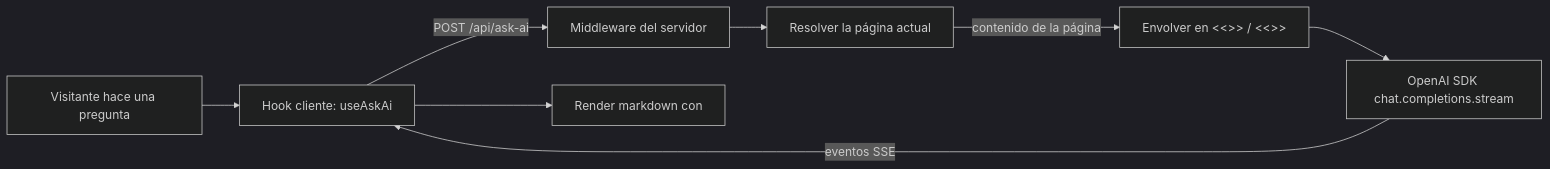
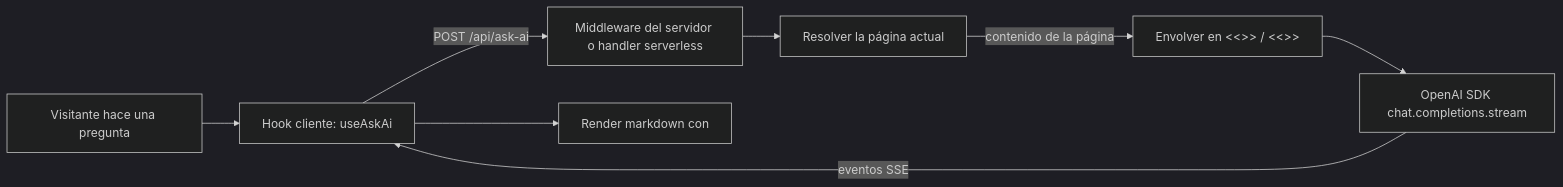
The diagram in docs/docs/es/(plugins)/content/plugin-ask-ai.mdx (bolt-docs/boltdocs), drawn with Mermaid (dark theme) before and after one commit. The commit also changed other lines of this file and 21 other files, not shown here.

````diff
--- a/docs/docs/es/(plugins)/content/plugin-ask-ai.mdx
+++ b/docs/docs/es/(plugins)/content/plugin-ask-ai.mdx
@@ -19,10 +19,10 @@
 ```mermaid
 flowchart LR
   A[Visitante hace una pregunta] --> B[Hook cliente: useAskAi]
-  B -->|POST /api/ask-ai| C[Middleware del servidor]
+  B -->|POST /api/ask-ai| C[Middleware del servidor o handler serverless]
   C --> D[Resolver la página actual]
   D -->|contenido de la página| E[Envolver en <<<DOCS_START>>> / <<<DOCS_END>>>]
   E --> F[OpenAI SDK chat.completions.stream]
   F -->|eventos SSE| B
   B --> G[Render markdown con <Streamdown>]
 ```
````
